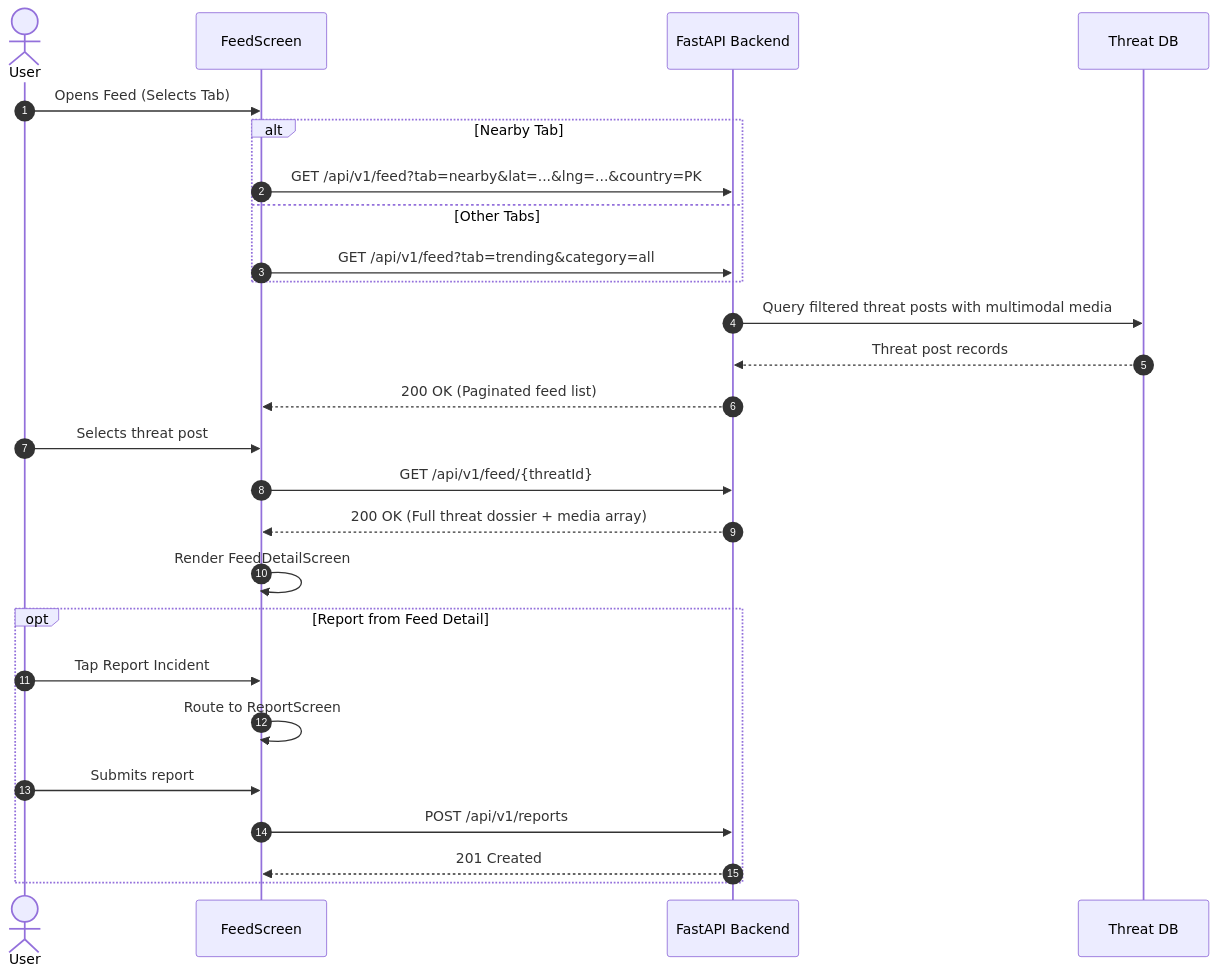
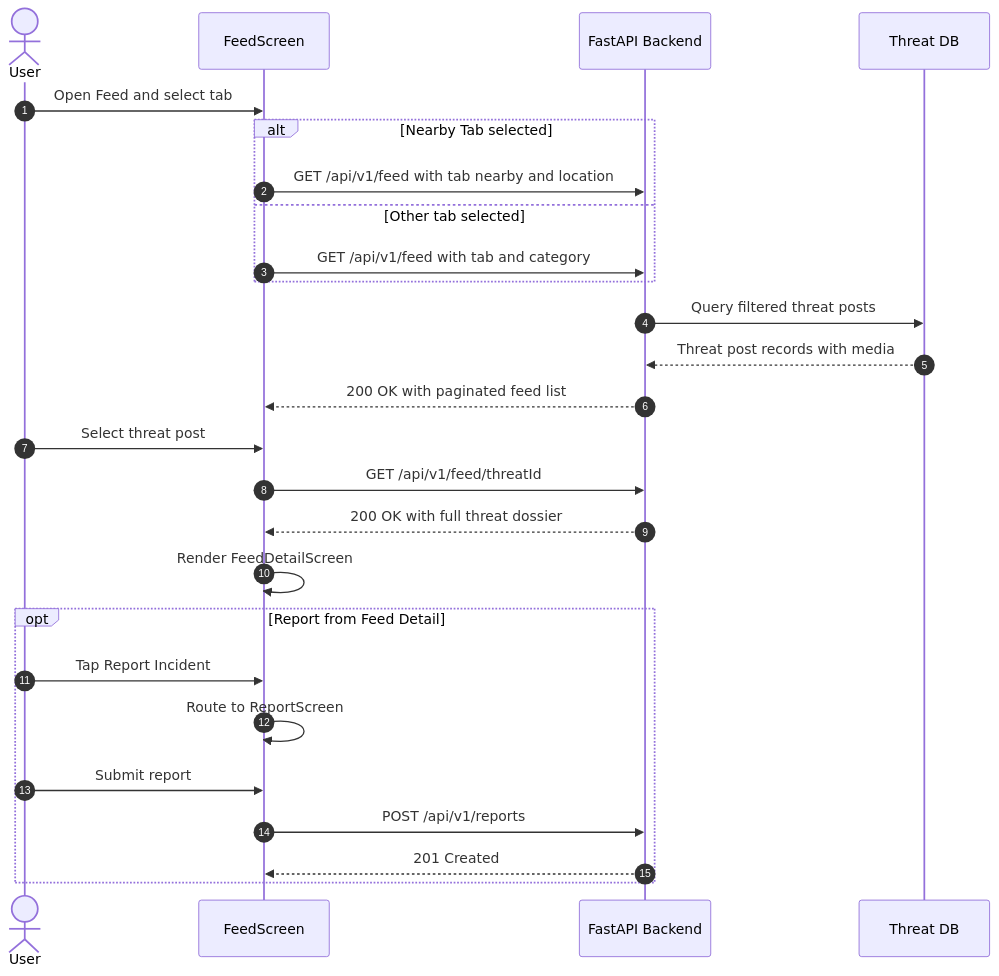
Before and after one commit to ArsalanTheCoder/Insightify: the third of 4 diagrams in docs/BACKEND-API-SPEC.md, drawn with Mermaid. The commit also changed other lines of this file, not shown here.

````diff
--- a/docs/BACKEND-API-SPEC.md
+++ b/docs/BACKEND-API-SPEC.md
@@ -1432,29 +1440,29 @@
 ```mermaid
 sequenceDiagram
     autonumber
     actor User
     participant App as FeedScreen
     participant API as FastAPI Backend
     participant DB as Threat DB
 
-    User->>App: Opens Feed (Selects Tab)
-    alt Nearby Tab
-        App->>API: GET /api/v1/feed?tab=nearby&lat=...&lng=...&country=PK
-    else Other Tabs
-        App->>API: GET /api/v1/feed?tab=trending&category=all
+    User->>App: Open Feed and select tab
+    alt Nearby Tab selected
+        App->>API: GET /api/v1/feed with tab nearby and location
+    else Other tab selected
+        App->>API: GET /api/v1/feed with tab and category
     end
-    API->>DB: Query filtered threat posts with multimodal media
-    DB-->>API: Threat post records
-    API-->>App: 200 OK (Paginated feed list)
-    User->>App: Selects threat post
-    App->>API: GET /api/v1/feed/{threatId}
-    API-->>App: 200 OK (Full threat dossier + media array)
+    API->>DB: Query filtered threat posts
+    DB-->>API: Threat post records with media
+    API-->>App: 200 OK with paginated feed list
+    User->>App: Select threat post
+    App->>API: GET /api/v1/feed/threatId
+    API-->>App: 200 OK with full threat dossier
     App->>App: Render FeedDetailScreen
     opt Report from Feed Detail
         User->>App: Tap Report Incident
         App->>App: Route to ReportScreen
-        User->>App: Submits report
+        User->>App: Submit report
         App->>API: POST /api/v1/reports
         API-->>App: 201 Created
     end
 ```
````
